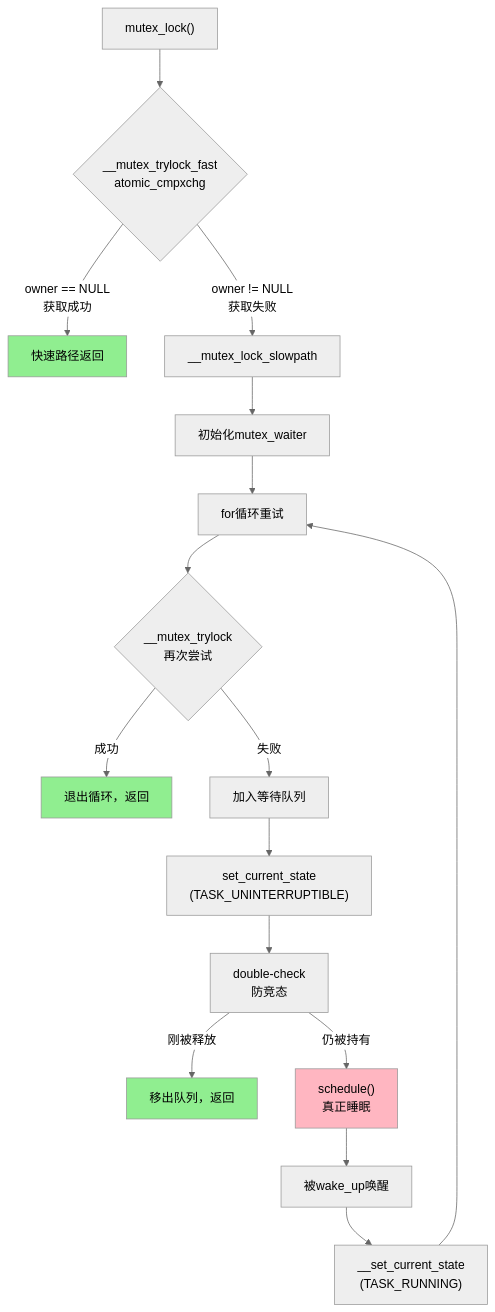
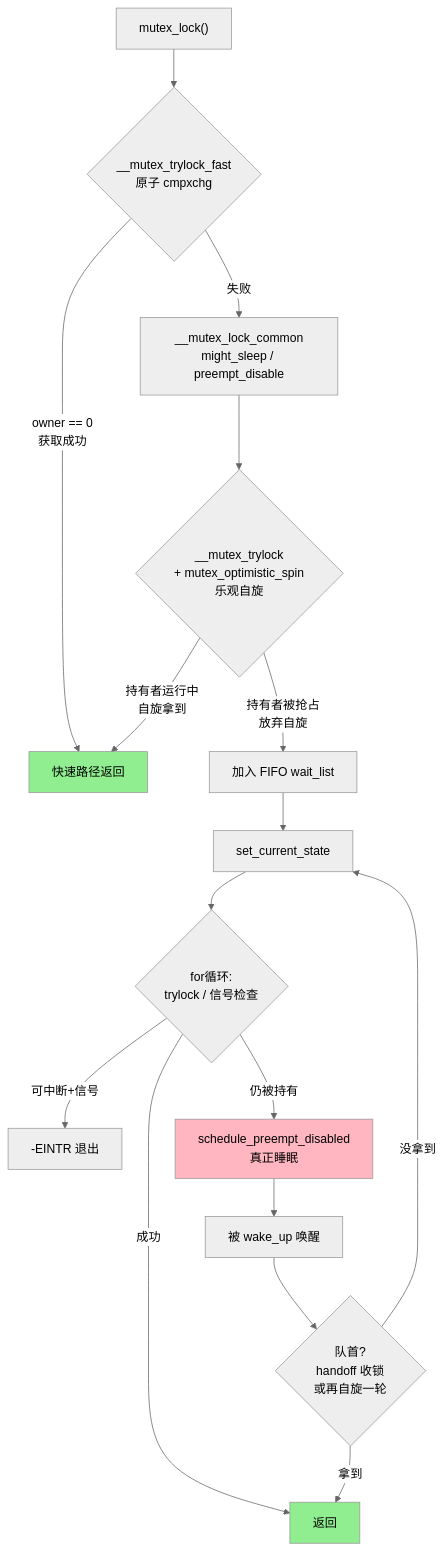
The first of 2 diagrams in docs/02-核心机制深度解析/第13章 并发与同步/13.2.2_mutex的实现与优先级继承.md (xiaohong0925/Embedded_Knowledge_System_V2026), drawn with Mermaid (neutral theme) before and after one commit. The commit also changed other lines of this file and 43 other files, not shown here.

````diff
--- a/docs/02-核心机制深度解析/第13章 并发与同步/13.2.2_mutex的实现与优先级继承.md
+++ b/docs/02-核心机制深度解析/第13章 并发与同步/13.2.2_mutex的实现与优先级继承.md
@@ -249,22 +196,21 @@
 ```mermaid
 flowchart TD
-    A["mutex_lock()"] --> B{"__mutex_trylock_fast<br/>atomic_cmpxchg"}
-    B -->|"owner == NULL<br/>获取成功"| C["快速路径返回"]
-    B -->|"owner != NULL<br/>获取失败"| D["__mutex_lock_slowpath"]
-    D --> E["初始化mutex_waiter"]
-    E --> F["for循环重试"]
-    F --> G{"__mutex_trylock<br/>再次尝试"}
-    G -->|"成功"| H["退出循环，返回"]
-    G -->|"失败"| I["加入等待队列"]
-    I --> J["set_current_state<br/>(TASK_UNINTERRUPTIBLE)"]
-    J --> K["double-check<br/>防竞态"]
-    K -->|"刚被释放"| L["移出队列，返回"]
-    K -->|"仍被持有"| M["schedule()<br/>真正睡眠"]
-    M --> N["被wake_up唤醒"]
-    N --> O["__set_current_state<br/>(TASK_RUNNING)"]
-    O --> F
+    A["mutex_lock()"] --> B{"__mutex_trylock_fast<br/>原子 cmpxchg"}
+    B -->|"owner == 0<br/>获取成功"| C["快速路径返回"]
+    B -->|"失败"| D["__mutex_lock_common<br/>might_sleep / preempt_disable"]
+    D --> E{"__mutex_trylock<br/>+ mutex_optimistic_spin<br/>乐观自旋"}
+    E -->|"持有者运行中<br/>自旋拿到"| C
+    E -->|"持有者被抢占<br/>放弃自旋"| F["加入 FIFO wait_list"]
+    F --> G["set_current_state"]
+    G --> H{"for循环:<br/>trylock / 信号检查"}
+    H -->|"成功"| I["返回"]
+    H -->|"可中断+信号"| J["-EINTR 退出"]
+    H -->|"仍被持有"| K["schedule_preempt_disabled<br/>真正睡眠"]
+    K --> L["被 wake_up 唤醒"]
+    L --> M{"队首?<br/>handoff 收锁<br/>或再自旋一轮"}
+    M -->|"拿到"| I
+    M -->|"没拿到"| G
     style C fill:#90ee90
-    style H fill:#90ee90
-    style L fill:#90ee90
-    style M fill:#ffb6c1
+    style I fill:#90ee90
+    style K fill:#ffb6c1
 ```
````
